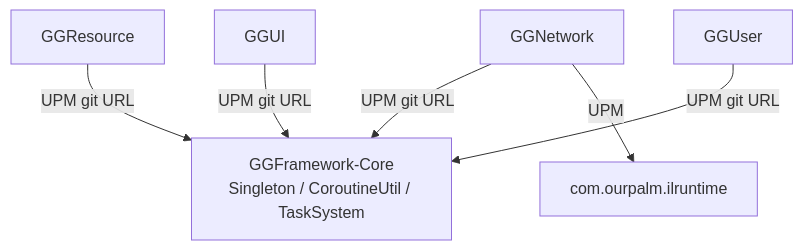
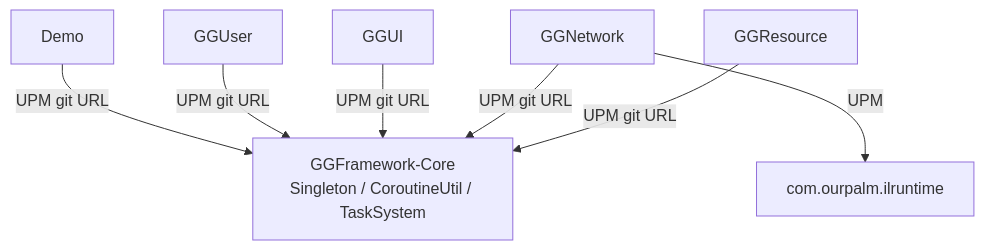
The second of 2 diagrams in architecture/dependency-graph.md (gonglei007/GGFramework-Docs), drawn with Mermaid before and after one commit. The commit also changed other lines of this file and 6 other files, not shown here.

````diff
--- a/architecture/dependency-graph.md
+++ b/architecture/dependency-graph.md
@@ -27,11 +27,12 @@
 ```mermaid
 graph TD
     Core[GGFramework-Core<br/>Singleton / CoroutineUtil / TaskSystem]
 
     GGResource -->|UPM git URL| Core
     GGNetwork -->|UPM git URL| Core
     GGUI -->|UPM git URL| Core
     GGUser -->|UPM git URL| Core
+    Demo -->|UPM git URL| Core
 
     GGNetwork -->|UPM| ILRuntime[com.ourpalm.ilruntime]
 ```
````
